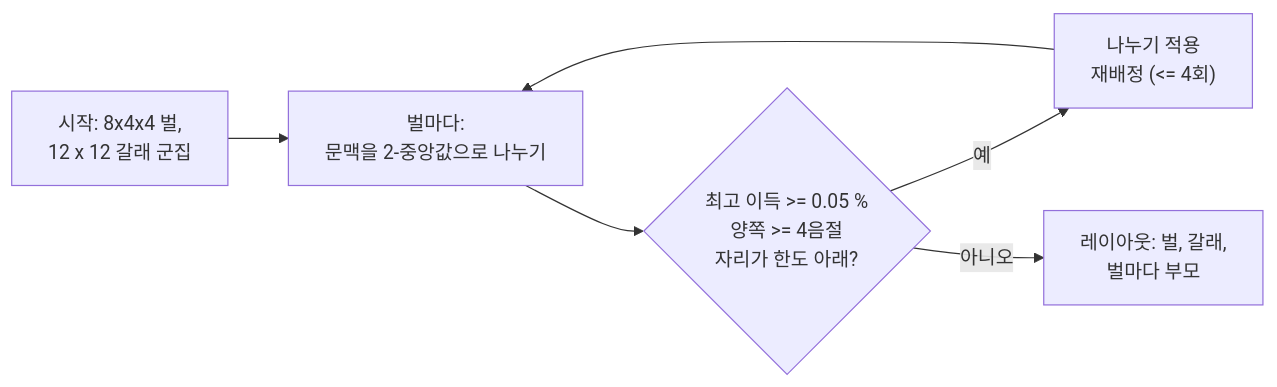
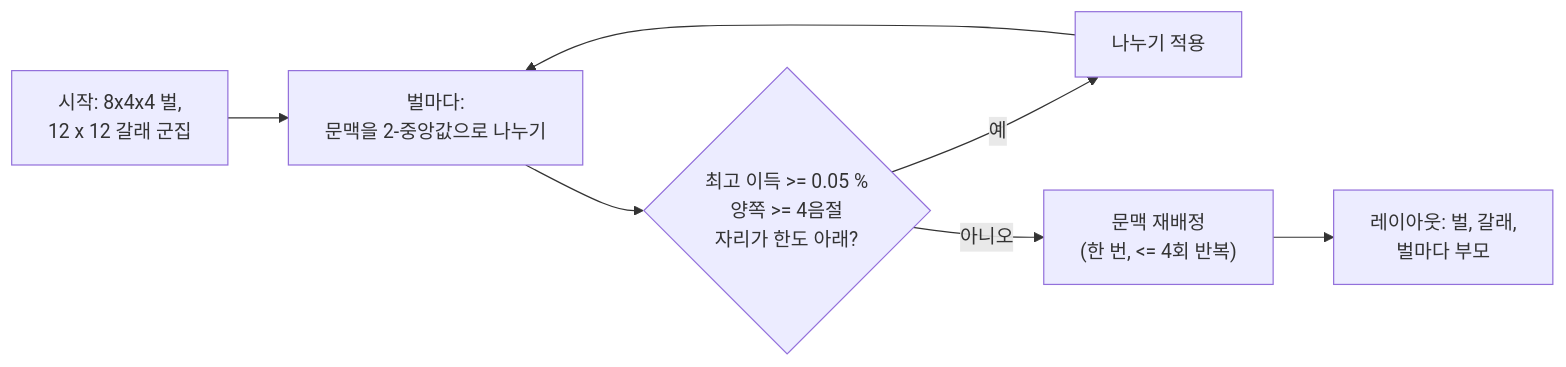
Before and after one commit to TaehyunKimLL/svf-fonts-open: the second of 5 diagrams in docs/jamo-split.ko.md, drawn with Mermaid. The commit also changed other lines of this file and 3 other files, not shown here.

````diff
--- a/docs/jamo-split.ko.md
+++ b/docs/jamo-split.ko.md
@@ -152,8 +163,9 @@
 ```mermaid
 flowchart LR
   A["시작: 8x4x4 벌,<br/>12 x 12 갈래 군집"] --> B["벌마다:<br/>문맥을 2-중앙값으로 나누기"]
   B --> C{"최고 이득 >= 0.05 %<br/>양쪽 >= 4음절<br/>자리가 한도 아래?"}
-  C -->|예| D["나누기 적용<br/>재배정 (<= 4회)"]
+  C -->|예| D["나누기 적용"]
   D --> B
-  C -->|아니오| E["레이아웃: 벌, 갈래,<br/>벌마다 부모"]
+  C -->|아니오| RA["문맥 재배정<br/>(한 번, <= 4회 반복)"]
+  RA --> E["레이아웃: 벌, 갈래,<br/>벌마다 부모"]
 ```
````
